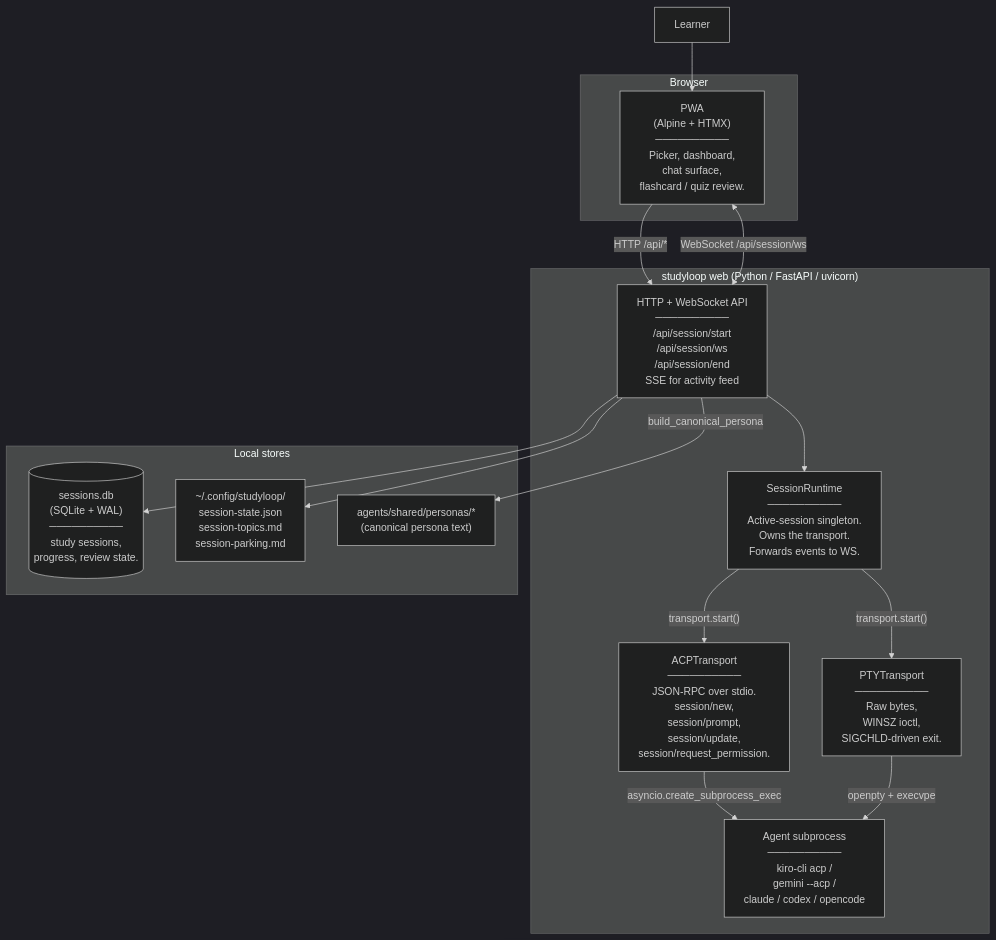
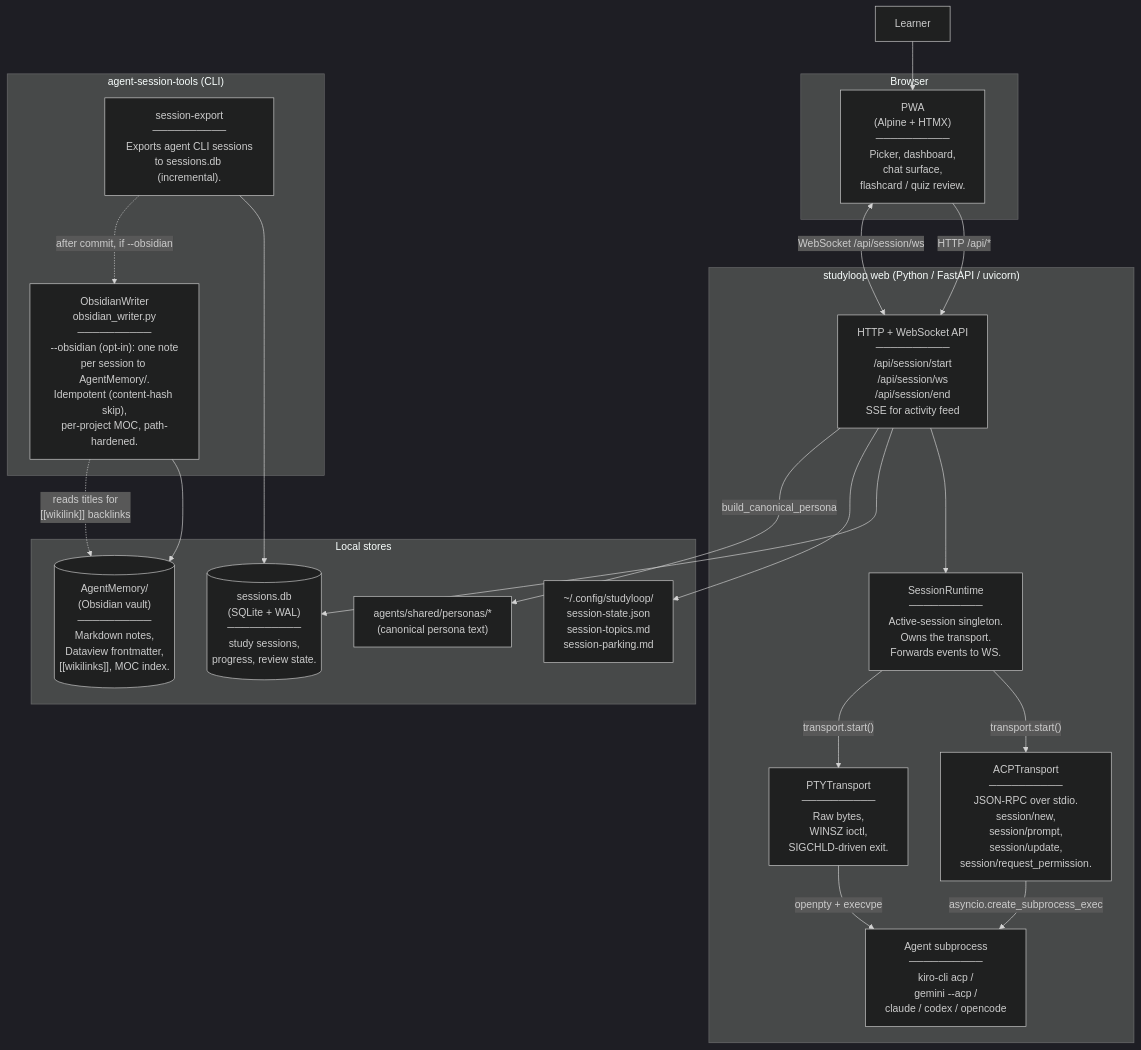
The second of 7 diagrams in docs/architecture/current.md (NetDevAutomate/StudyLoop), drawn with Mermaid (dark theme) before and after one commit. The commit also changed other lines of this file and 10 other files, not shown here.

First line of the commit message:
docs: document Obsidian session-memory export + update C4 diagrams

````diff
--- a/docs/architecture/current.md
+++ b/docs/architecture/current.md
@@ -54,34 +54,44 @@
 ```mermaid
 flowchart TB
     Learner["Learner"]
 
     subgraph "Browser"
       PWA["PWA<br/>(Alpine + HTMX)<br/>──────────<br/>Picker, dashboard,<br/>chat surface,<br/>flashcard / quiz review."]
     end
 
     subgraph "studyloop web (Python / FastAPI / uvicorn)"
       API["HTTP + WebSocket API<br/>──────────<br/>/api/session/start<br/>/api/session/ws<br/>/api/session/end<br/>SSE for activity feed"]
       Runtime["SessionRuntime<br/>──────────<br/>Active-session singleton.<br/>Owns the transport.<br/>Forwards events to WS."]
       ACP["ACPTransport<br/>──────────<br/>JSON-RPC over stdio.<br/>session/new,<br/>session/prompt,<br/>session/update,<br/>session/request_permission."]
       PTY["PTYTransport<br/>──────────<br/>Raw bytes,<br/>WINSZ ioctl,<br/>SIGCHLD-driven exit."]
       Agent["Agent subprocess<br/>──────────<br/>kiro-cli acp /<br/>gemini --acp /<br/>claude / codex / opencode"]
     end
 
     subgraph "Local stores"
       DB[("sessions.db<br/>(SQLite + WAL)<br/>──────────<br/>study sessions,<br/>progress, review state.")]
       IPC["~/.config/studyloop/<br/>session-state.json<br/>session-topics.md<br/>session-parking.md"]
       Persona["agents/shared/personas/*<br/>(canonical persona text)"]
+      AgentMemory[("AgentMemory/<br/>(Obsidian vault)<br/>──────────<br/>Markdown notes,<br/>Dataview frontmatter,<br/>[[wikilinks]], MOC index.")]
+    end
+
+    subgraph "agent-session-tools (CLI)"
+      Export["session-export<br/>──────────<br/>Exports agent CLI sessions<br/>to sessions.db (incremental)."]
+      ObsidianWriter["ObsidianWriter<br/>obsidian_writer.py<br/>──────────<br/>--obsidian (opt-in): one note<br/>per session to AgentMemory/.<br/>Idempotent (content-hash skip),<br/>per-project MOC, path-hardened."]
     end
 
     Learner --> PWA
     PWA -->|"HTTP /api/*"| API
     PWA <-->|"WebSocket /api/session/ws"| API
     API --> Runtime
     Runtime -->|"transport.start()"| ACP
     Runtime -->|"transport.start()"| PTY
     ACP -->|"asyncio.create_subprocess_exec"| Agent
     PTY -->|"openpty + execvpe"| Agent
     API --> DB
     API --> IPC
     API -->|"build_canonical_persona"| Persona
+    Export --> DB
+    Export -.->|"after commit, if --obsidian"| ObsidianWriter
+    ObsidianWriter --> AgentMemory
+    ObsidianWriter -.->|"reads titles for<br/>[[wikilink]] backlinks"| AgentMemory
 ```
````
